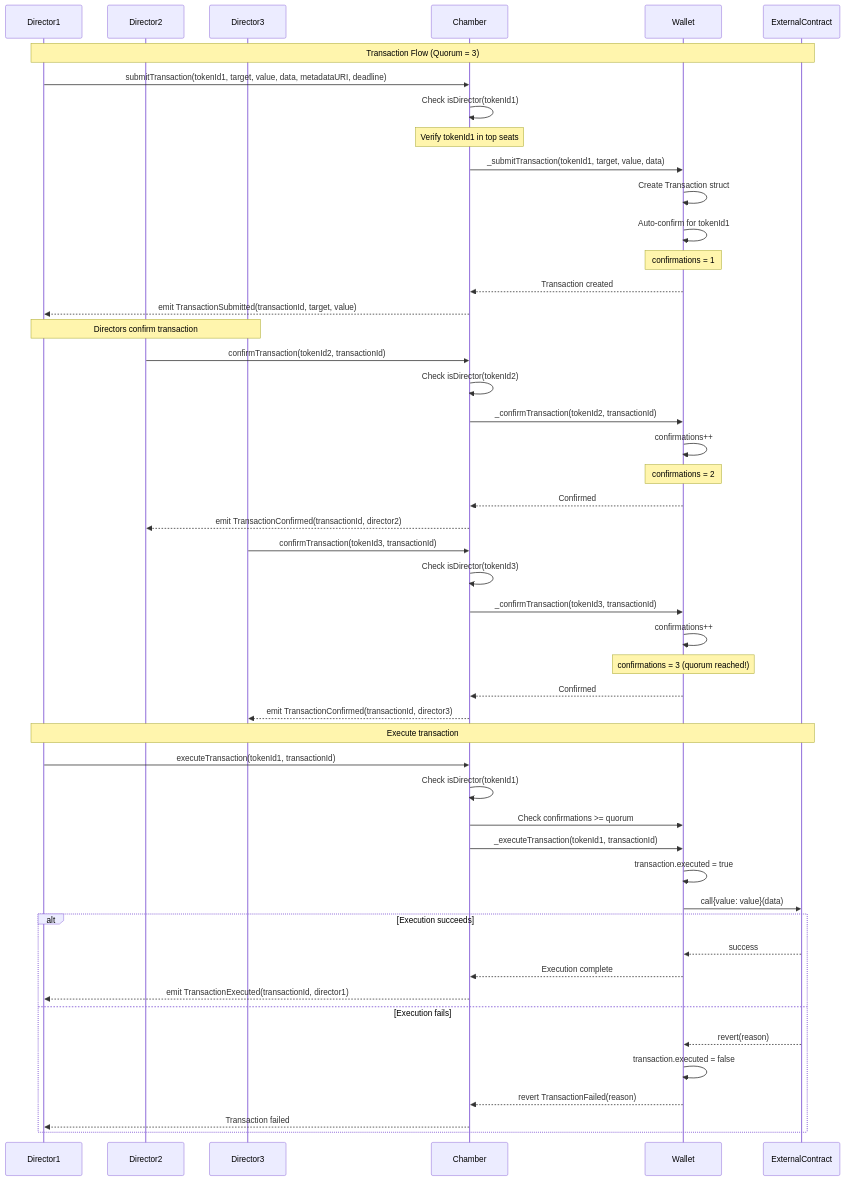
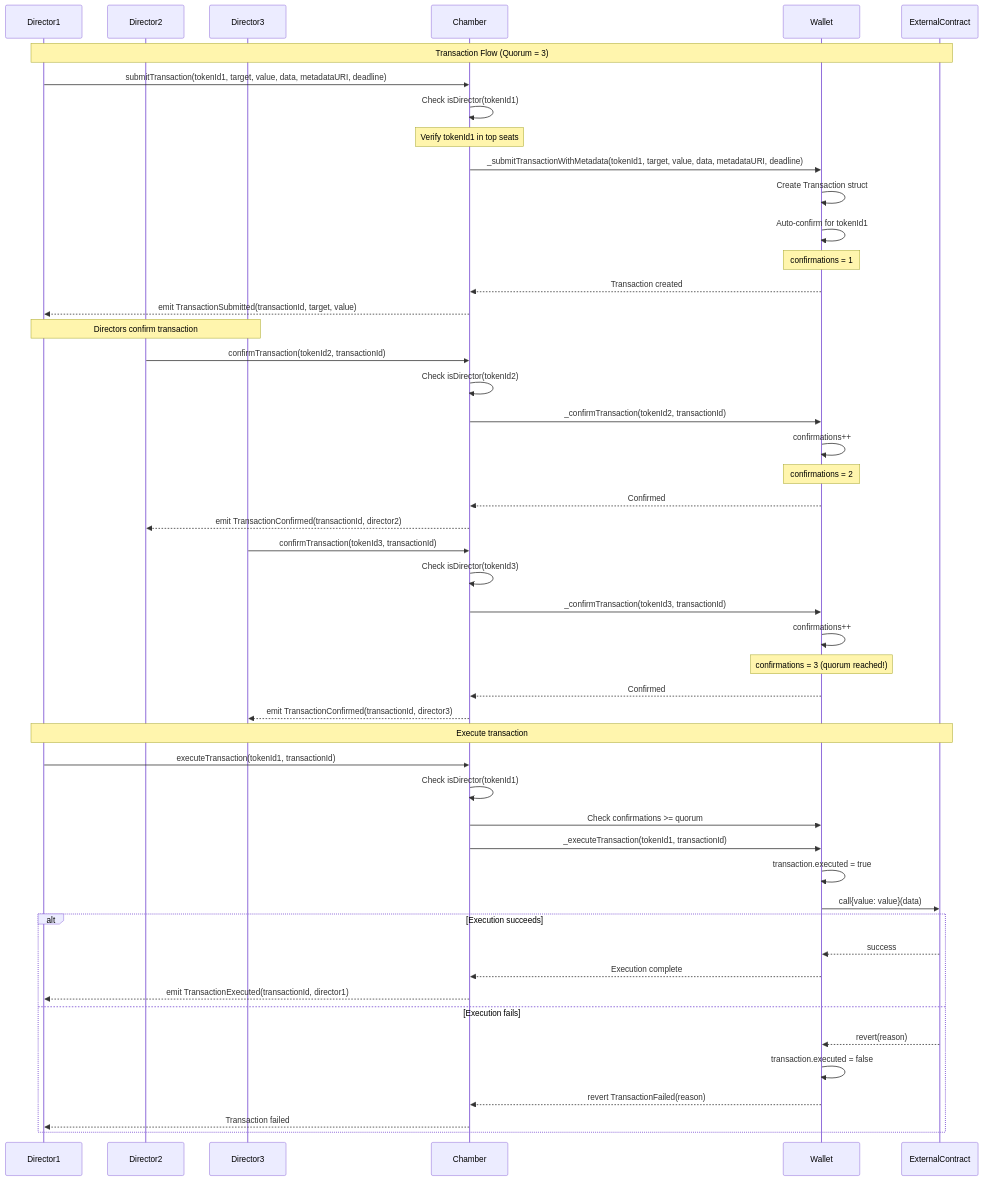
One commit to loreum-org/chamber changed the sixth of 11 diagrams in docs/reference/sequence-diagrams.md. Above: the diagram before and after it, drawn with Mermaid. The commit also changed other lines of this file and 6 other files, not shown here.

````diff
--- a/docs/reference/sequence-diagrams.md
+++ b/docs/reference/sequence-diagrams.md
@@ -320,66 +320,66 @@
 ```mermaid
 sequenceDiagram
     participant Director1
     participant Director2
     participant Director3
     participant Chamber
     participant Wallet
     participant ExternalContract
 
     Note over Director1,ExternalContract: Transaction Flow (Quorum = 3)
 
     Director1->>Chamber: submitTransaction(tokenId1, target, value, data, metadataURI, deadline)
     
     Chamber->>Chamber: Check isDirector(tokenId1)
     Note over Chamber: Verify tokenId1 in top seats
     
-    Chamber->>Wallet: _submitTransaction(tokenId1, target, value, data)
+    Chamber->>Wallet: _submitTransactionWithMetadata(tokenId1, target, value, data, metadataURI, deadline)
     
     Wallet->>Wallet: Create Transaction struct
     Wallet->>Wallet: Auto-confirm for tokenId1
     Note over Wallet: confirmations = 1
     
     Wallet-->>Chamber: Transaction created
     Chamber-->>Director1: emit TransactionSubmitted(transactionId, target, value)
     
     Note over Director1,Director3: Directors confirm transaction
     
     Director2->>Chamber: confirmTransaction(tokenId2, transactionId)
     Chamber->>Chamber: Check isDirector(tokenId2)
     Chamber->>Wallet: _confirmTransaction(tokenId2, transactionId)
     Wallet->>Wallet: confirmations++
     Note over Wallet: confirmations = 2
     Wallet-->>Chamber: Confirmed
     Chamber-->>Director2: emit TransactionConfirmed(transactionId, director2)
     
     Director3->>Chamber: confirmTransaction(tokenId3, transactionId)
     Chamber->>Chamber: Check isDirector(tokenId3)
     Chamber->>Wallet: _confirmTransaction(tokenId3, transactionId)
     Wallet->>Wallet: confirmations++
     Note over Wallet: confirmations = 3 (quorum reached!)
     Wallet-->>Chamber: Confirmed
     Chamber-->>Director3: emit TransactionConfirmed(transactionId, director3)
     
     Note over Director1,ExternalContract: Execute transaction
     
     Director1->>Chamber: executeTransaction(tokenId1, transactionId)
     
     Chamber->>Chamber: Check isDirector(tokenId1)
     Chamber->>Wallet: Check confirmations >= quorum
     
     Chamber->>Wallet: _executeTransaction(tokenId1, transactionId)
     
     Wallet->>Wallet: transaction.executed = true
     Wallet->>ExternalContract: call{value: value}(data)
     
     alt Execution succeeds
         ExternalContract-->>Wallet: success
         Wallet-->>Chamber: Execution complete
         Chamber-->>Director1: emit TransactionExecuted(transactionId, director1)
     else Execution fails
         ExternalContract-->>Wallet: revert(reason)
         Wallet->>Wallet: transaction.executed = false
         Wallet-->>Chamber: revert TransactionFailed(reason)
         Chamber-->>Director1: Transaction failed
     end
 ```
````
